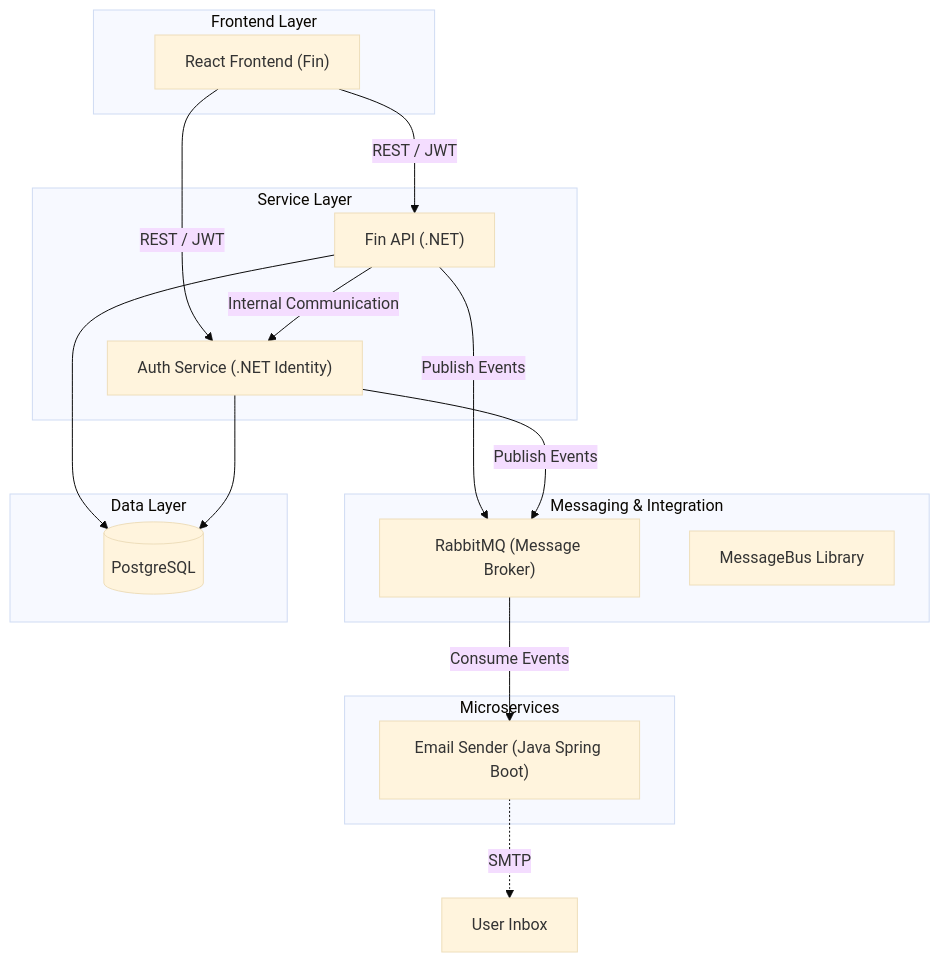
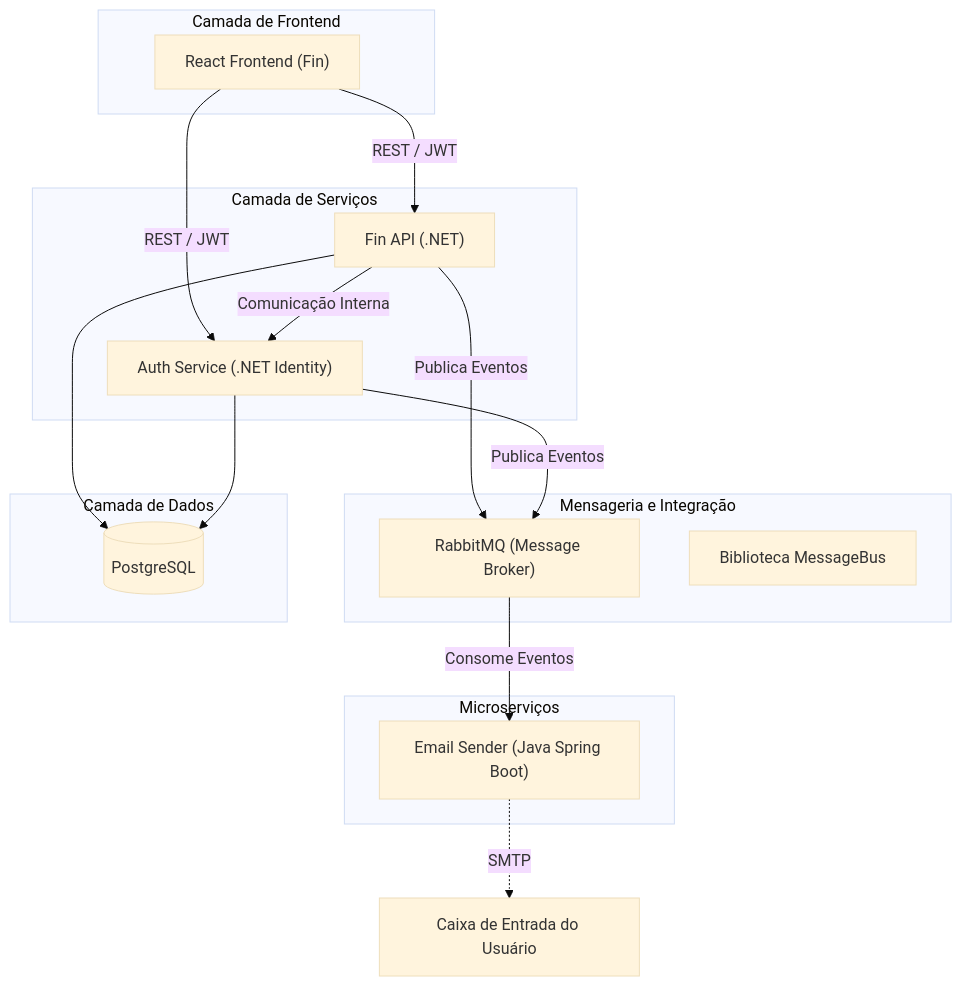
Before and after one commit to JovanneSousa/fincontrol-system: the first of 2 diagrams in README.md, drawn with Mermaid (base theme). The commit also changed other lines of this file, not shown here.

````diff
--- a/README.md
+++ b/README.md
@@ -15,34 +15,34 @@
 ```mermaid
 graph TD
-    subgraph "Frontend Layer"
+    subgraph "Camada de Frontend"
         ReactApp["React Frontend (Fin)"]
     end
 
-    subgraph "Service Layer"
+    subgraph "Camada de Serviços"
         FinAPI["Fin API (.NET)"]
         AuthService["Auth Service (.NET Identity)"]
     end
 
-    subgraph "Messaging & Integration"
+    subgraph "Mensageria e Integração"
         RabbitMQ["RabbitMQ (Message Broker)"]
-        MessageBus["MessageBus Library"]
+        MessageBus["Biblioteca MessageBus"]
     end
 
-    subgraph "Microservices"
+    subgraph "Microserviços"
         EmailSender["Email Sender (Java Spring Boot)"]
     end
 
-    subgraph "Data Layer"
+    subgraph "Camada de Dados"
         PostgreSQL[("PostgreSQL")]
     end
 
     ReactApp -->|REST / JWT| FinAPI
     ReactApp -->|REST / JWT| AuthService
-    FinAPI -->|Internal Communication| AuthService
-    FinAPI -->|Publish Events| RabbitMQ
-    AuthService -->|Publish Events| RabbitMQ
-    RabbitMQ -->|Consume Events| EmailSender
+    FinAPI -->|Comunicação Interna| AuthService
+    FinAPI -->|Publica Eventos| RabbitMQ
+    AuthService -->|Publica Eventos| RabbitMQ
+    RabbitMQ -->|Consome Eventos| EmailSender
     FinAPI --> PostgreSQL
     AuthService --> PostgreSQL
-    EmailSender -.->|SMTP| UserEmail["User Inbox"]
+    EmailSender -.->|SMTP| UserEmail["Caixa de Entrada do Usuário"]
 ```
````
